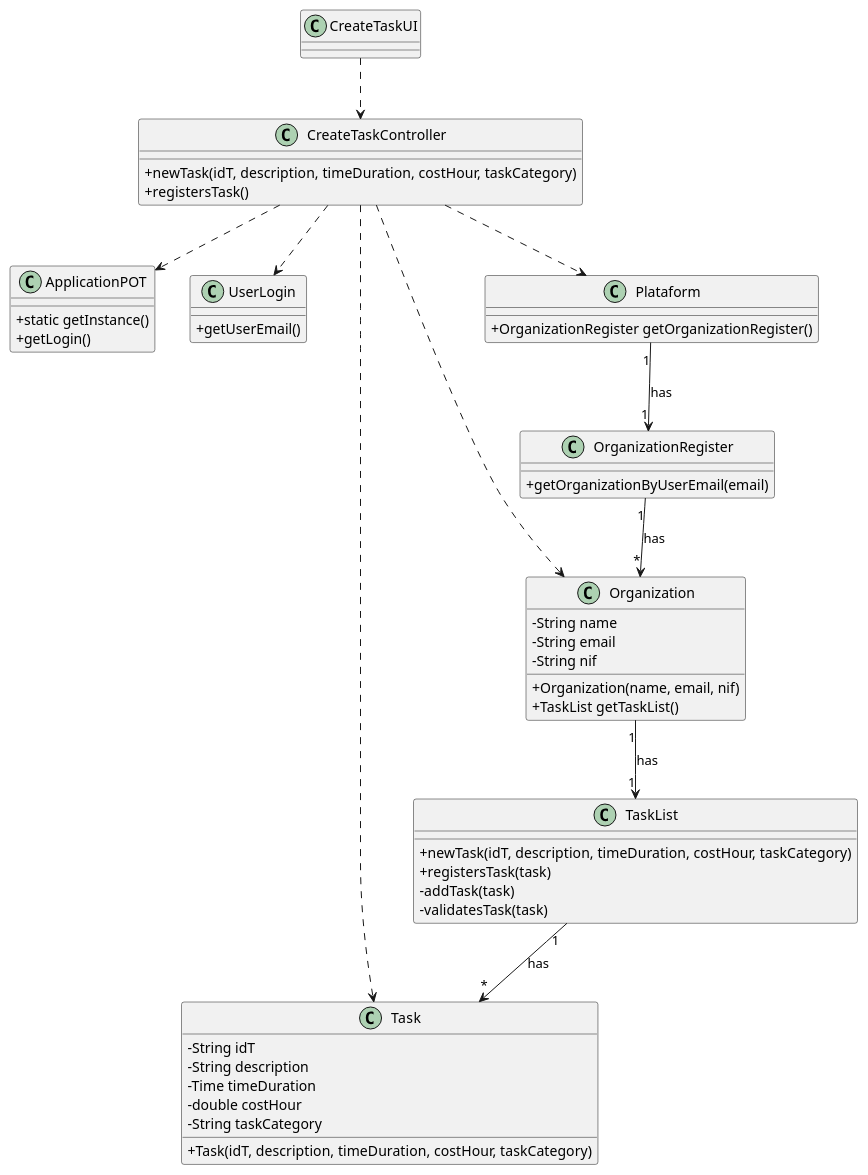
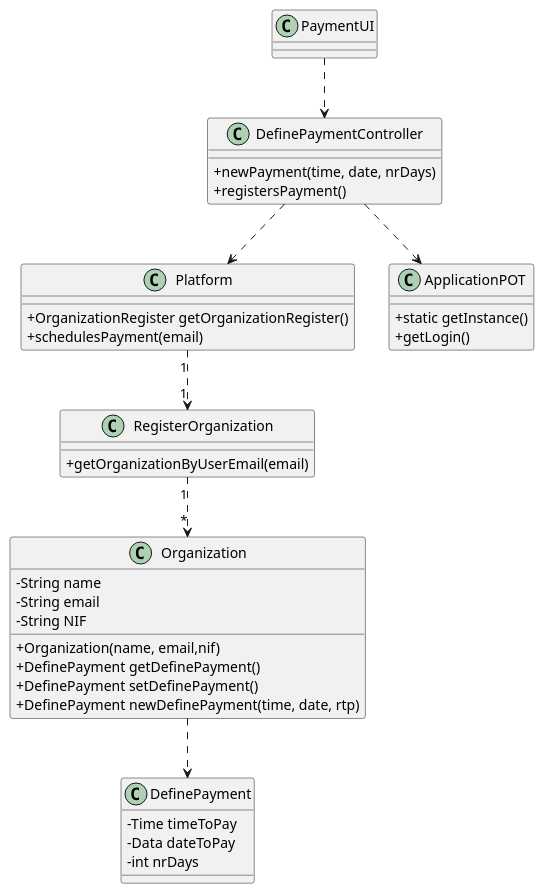
Before and after one commit to 1190452/LAPR2: the diagram in docs/UC2 - Create Task/UC2_CD.puml, drawn with PlantUML. The commit also changed 3 other files, not shown here.

```diff
--- a/docs/UC2 - Create Task/UC2_CD.puml
+++ b/docs/UC2 - Create Task/UC2_CD.puml
@@ -1,68 +1,53 @@
 @startuml
 skinparam classAttributeIconSize 0
 
-class ApplicationPOT
-{
+
+class DefinePayment {
+  -Time timeToPay
+  -Data dateToPay
+  -int nrDays
+}
+
+
+class Platform {
+  +OrganizationRegister getOrganizationRegister()
+  +schedulesPayment(email)
+}
+
+class DefinePaymentController {
+  +newPayment(time, date, nrDays)
+  +registersPayment()
+}
+
+class ApplicationPOT {
   +static getInstance()
   +getLogin()
 }
 
-class UserLogin
-{
-  +getUserEmail()
+class RegisterOrganization {
+  +getOrganizationByUserEmail(email)
 }
 
-class Task {
-    -String idT
-    -String description
-    -Time timeDuration
-    -double costHour
-    -String taskCategory
-    +Task(idT, description, timeDuration, costHour, taskCategory)
+class PaymentUI {
 }
 
 class Organization {
   -String name
   -String email
-  -String nif
-  +Organization(name, email, nif)
-  +TaskList getTaskList()
+  -String NIF
+  +Organization(name, email,nif)
+  +DefinePayment getDefinePayment()
+  +DefinePayment setDefinePayment()
+  +DefinePayment newDefinePayment(time, date, rtp)
 }
 
-class TaskList {
-  +newTask(idT, description, timeDuration, costHour, taskCategory)
-  +registersTask(task)
-  -addTask(task)
-  -validatesTask(task)
-}
+PaymentUI ..> DefinePaymentController
+DefinePaymentController ..> Platform
+DefinePaymentController ..> ApplicationPOT
+Platform "1" ..> "1" RegisterOrganization
+RegisterOrganization "1" ..> "*" Organization
+Organization ..> DefinePayment
 
-class Plataform {
-  +OrganizationRegister getOrganizationRegister()
-}
-
-class OrganizationRegister {
-  +getOrganizationByUserEmail(email)
-}
-
-class CreateTaskController {
-  +newTask(idT, description, timeDuration, costHour, taskCategory)
-  +registersTask()
-}
-
-class CreateTaskUI {
-
-}
-
-CreateTaskUI ..> CreateTaskController
-CreateTaskController ..> Plataform
-CreateTaskController ..> Task
-CreateTaskController ..> Organization
-CreateTaskController ..> ApplicationPOT
-CreateTaskController ..> UserLogin
-Plataform "1" --> "1" OrganizationRegister : has
-OrganizationRegister "1" --> "*" Organization : has
-Organization "1" --> "1" TaskList : has
-TaskList "1" --> "*" Task : has
 
 
 @enduml
```
